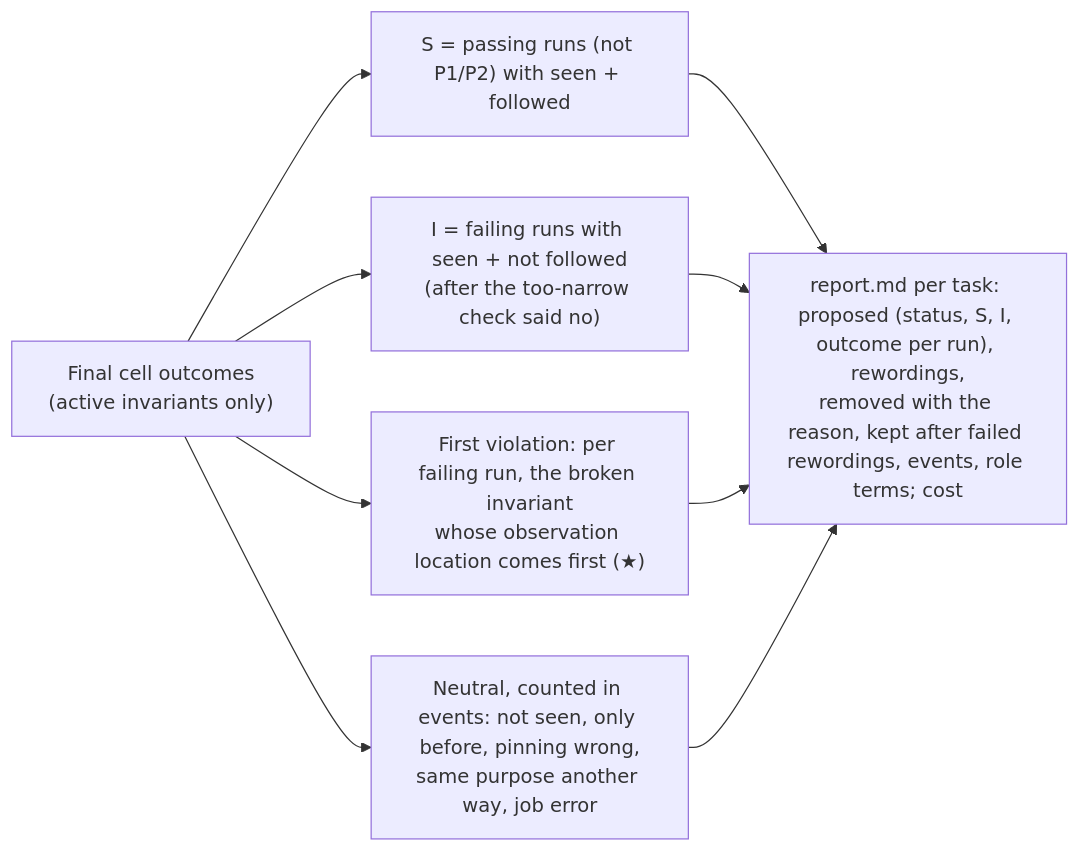
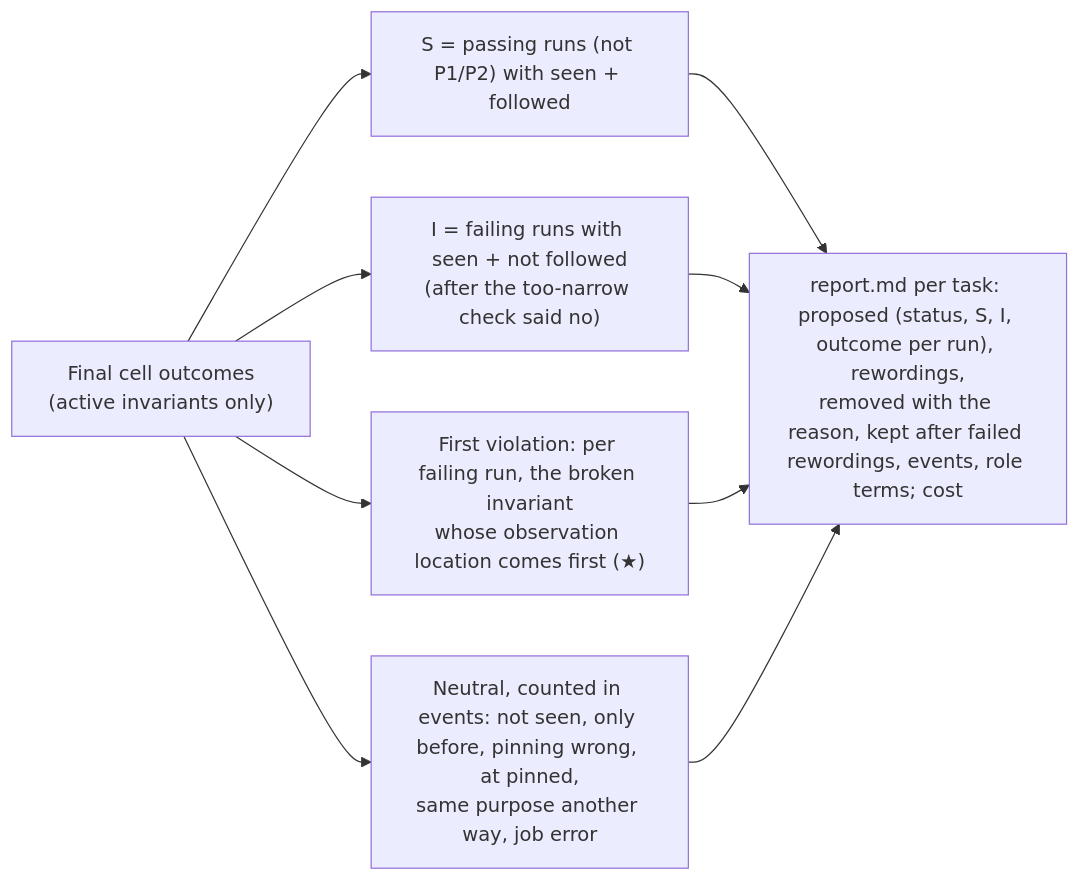
Before and after one commit to div652/invariant-miner: the fifth of 5 diagrams in docs/2same-invariant-algo/FLOWCHART.md, drawn with Mermaid. The commit also changed other lines of this file and 10 other files, not shown here.

Commit message:
F3 and too-narrow outcome at_pinned (the action / the purpose-achieving action is the pinned item itself; neutral); failing runs' not-followed get the Opus re-check; tests, DESIGN/TECHNICAL/FLOWCHART; QNA turns 97-98

````diff
--- a/docs/2same-invariant-algo/FLOWCHART.md
+++ b/docs/2same-invariant-algo/FLOWCHART.md
@@ -105,11 +110,11 @@
 ```mermaid
 flowchart LR
     C["Final cell outcomes<br/>(active invariants only)"] --> S["S = passing runs (not P1/P2) with seen + followed"]
     C --> I["I = failing runs with seen + not followed<br/>(after the too-narrow check said no)"]
     C --> FV["First violation: per failing run, the broken invariant<br/>whose observation location comes first (★)"]
-    C --> N["Neutral, counted in events: not seen, only before, pinning wrong,<br/>same purpose another way, job error"]
+    C --> N["Neutral, counted in events: not seen, only before, pinning wrong, at pinned,<br/>same purpose another way, job error"]
     S --> TBL["report.md per task: proposed (status, S, I, outcome per run), rewordings,<br/>removed with the reason, kept after failed rewordings, events, role terms; cost"]
     I --> TBL
     FV --> TBL
     N --> TBL
 ```
````
